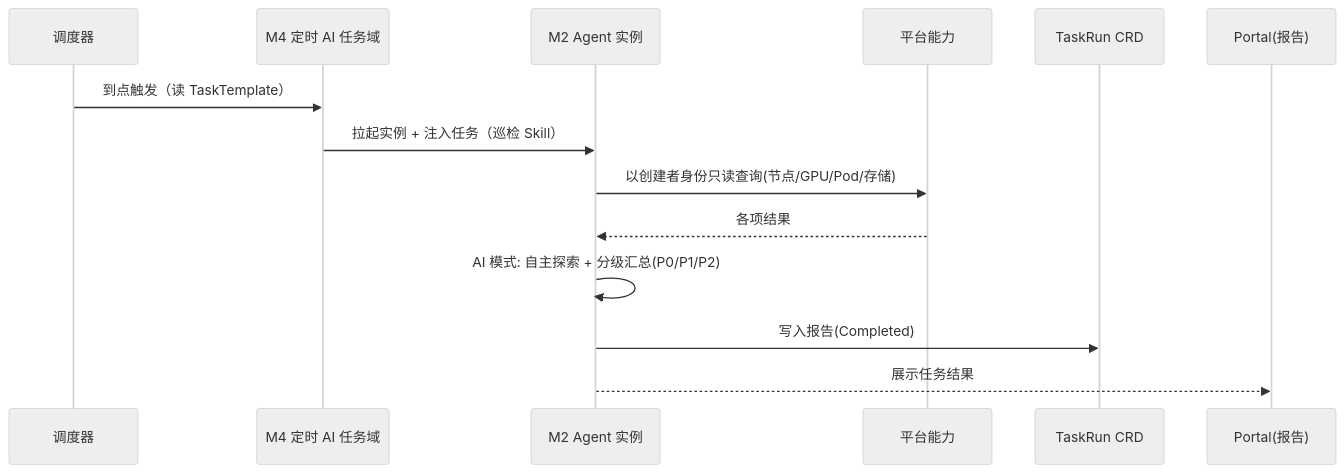
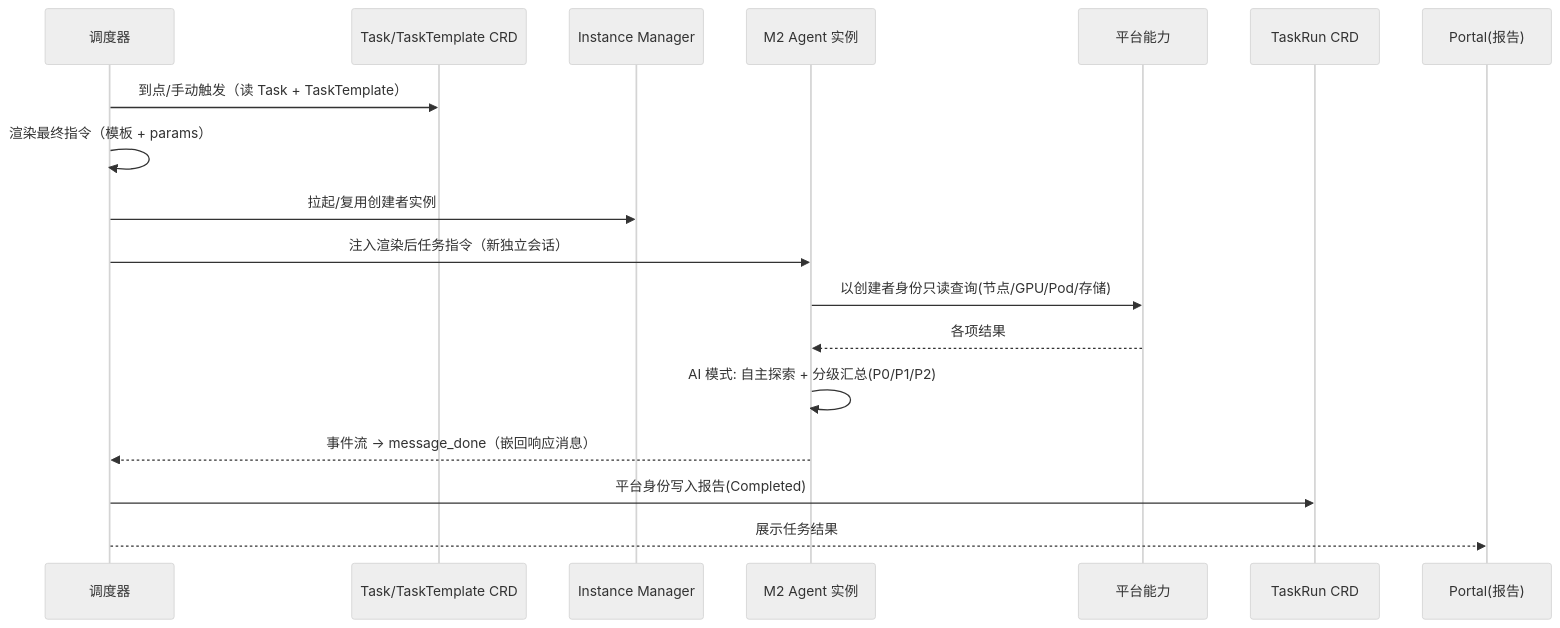
The fifth of 5 diagrams in docs/cubepilot/CubeStack-平台智能助手-CubePilot-模块设计文档.md (suanova/cubepilot), drawn with Mermaid (neutral theme) before and after one commit. The commit also changed other lines of this file and 1 other file, not shown here.

First line of the commit message:
docs(cubepilot): split task model into TaskTemplate/Task/TaskRun CRDs

````diff
--- a/docs/cubepilot/CubeStack-平台智能助手-CubePilot-模块设计文档.md
+++ b/docs/cubepilot/CubeStack-平台智能助手-CubePilot-模块设计文档.md
@@ -524,17 +530,21 @@
 ```mermaid
 sequenceDiagram
     participant S as 调度器
-    participant M4 as M4 定时 AI 任务域
+    participant TT as Task/TaskTemplate CRD
+    participant IM as Instance Manager
     participant M2 as M2 Agent 实例
     participant K8s as 平台能力
     participant CRD as TaskRun CRD
     participant P as Portal(报告)
 
-    S->>M4: 到点触发（读 TaskTemplate）
-    M4->>M2: 拉起实例 + 注入任务（巡检 Skill）
+    S->>TT: 到点/手动触发（读 Task + TaskTemplate）
+    S->>S: 渲染最终指令（模板 + params）
+    S->>IM: 拉起/复用创建者实例
+    S->>M2: 注入渲染后任务指令（新独立会话）
     M2->>K8s: 以创建者身份只读查询(节点/GPU/Pod/存储)
     K8s-->>M2: 各项结果
     M2->>M2: AI 模式: 自主探索 + 分级汇总(P0/P1/P2)
-    M2->>CRD: 写入报告(Completed)
-    M2-->>P: 展示任务结果
+    M2-->>S: 事件流 → message_done（嵌回响应消息）
+    S->>CRD: 平台身份写入报告(Completed)
+    S-->>P: 展示任务结果
 ```
````
